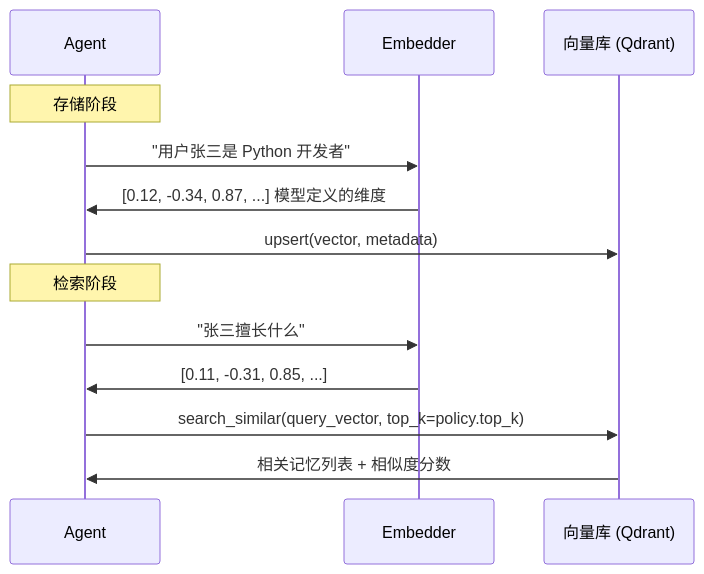
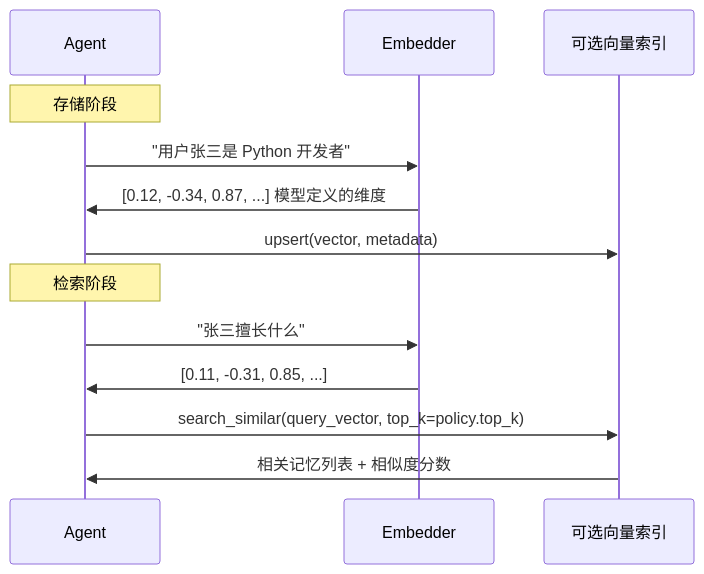
One commit to AmbitionC/front-end-journey-resource changed the second of 3 diagrams in knowledge/llm/agent/agent-memory.md. Above: the diagram before and after it, drawn with Mermaid. The commit also changed other lines of this file and 13 other files, not shown here.

````diff
--- a/knowledge/llm/agent/agent-memory.md
+++ b/knowledge/llm/agent/agent-memory.md
@@ -159,17 +137,17 @@
 ```mermaid
 sequenceDiagram
     participant A as Agent
     participant E as Embedder
-    participant V as 向量库 (Qdrant)
+    participant V as 可选向量索引
 
     Note over A: 存储阶段
     A->>E: "用户张三是 Python 开发者"
     E->>A: [0.12, -0.34, 0.87, ...]  模型定义的维度
     A->>V: upsert(vector, metadata)
 
     Note over A: 检索阶段
     A->>E: "张三擅长什么"
     E->>A: [0.11, -0.31, 0.85, ...]
     A->>V: search_similar(query_vector, top_k=policy.top_k)
     V->>A: 相关记忆列表 + 相似度分数
 ```
````
